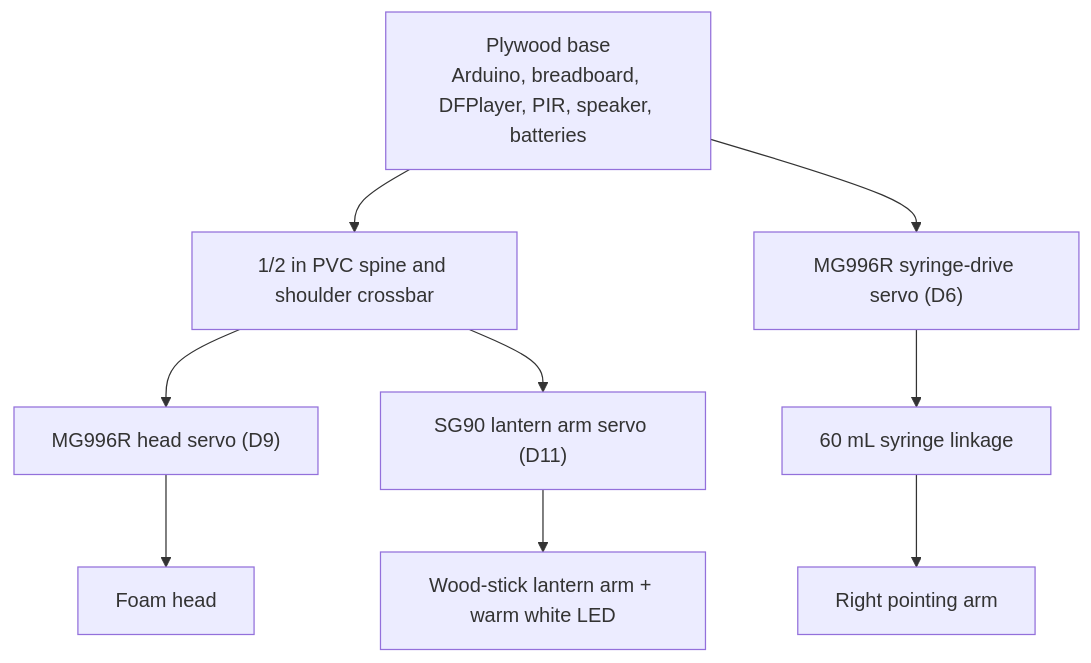
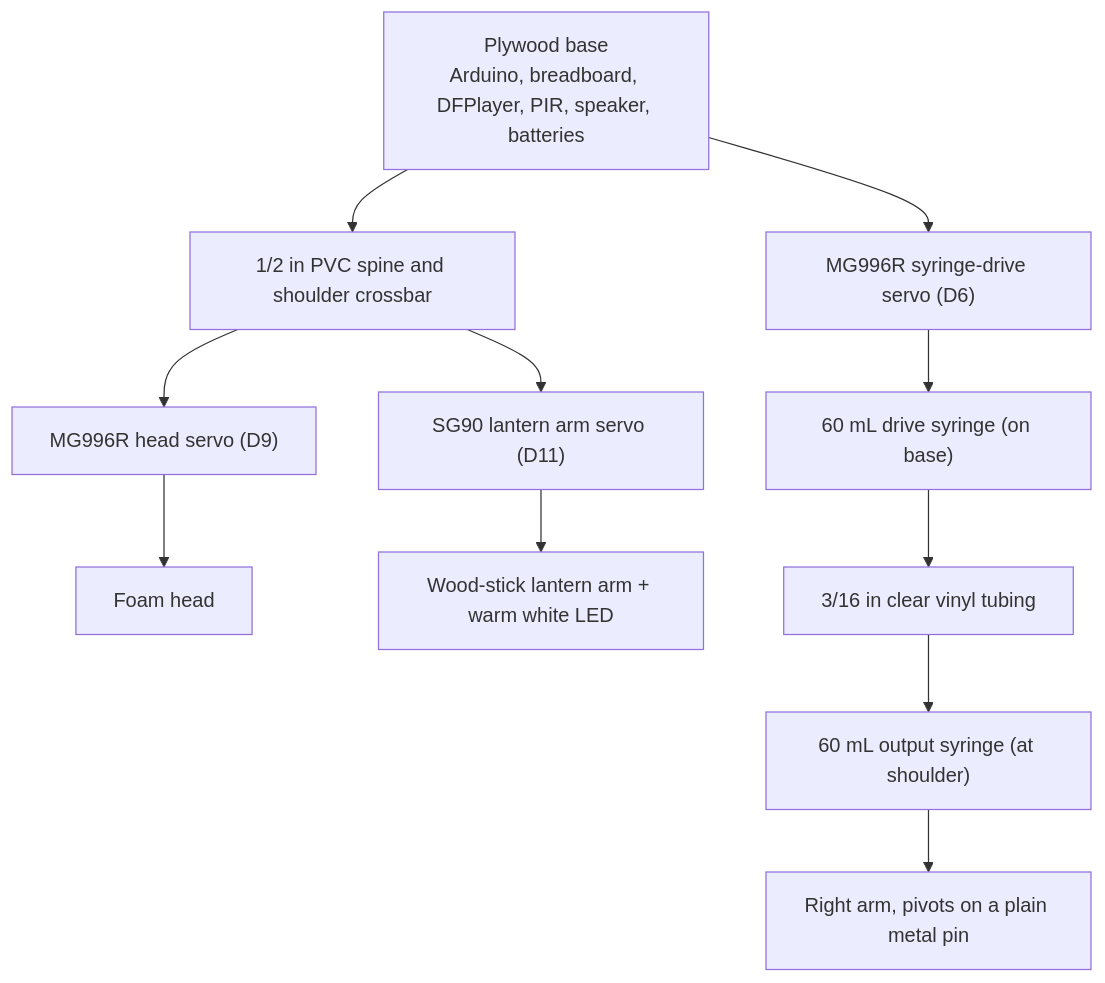
The first of 2 diagrams in README.md (ThoughtTaken27/tsa-north-star-animatronic), drawn with Mermaid before and after one commit. The commit also changed other lines of this file and 9 other files, not shown here.

````diff
--- a/README.md
+++ b/README.md
@@ -60,17 +60,19 @@
 ```mermaid
 flowchart TD
     Base["Plywood base\nArduino, breadboard, DFPlayer, PIR, speaker, batteries"]
     Spine["1/2 in PVC spine and shoulder crossbar"]
     HeadServo["MG996R head servo (D9)"]
     Head["Foam head"]
     LanternServo["SG90 lantern arm servo (D11)"]
     Lantern["Wood-stick lantern arm + warm white LED"]
     SyringeServo["MG996R syringe-drive servo (D6)"]
-    Syringe["60 mL syringe linkage"]
-    RightArm["Right pointing arm"]
+    DriveSyringe["60 mL drive syringe (on base)"]
+    Tubing["3/16 in clear vinyl tubing"]
+    OutSyringe["60 mL output syringe (at shoulder)"]
+    RightArm["Right arm, pivots on a plain metal pin"]
 
     Base --> Spine
     Spine --> HeadServo --> Head
     Spine --> LanternServo --> Lantern
-    Base --> SyringeServo --> Syringe --> RightArm
+    Base --> SyringeServo --> DriveSyringe --> Tubing --> OutSyringe --> RightArm
 ```
````
